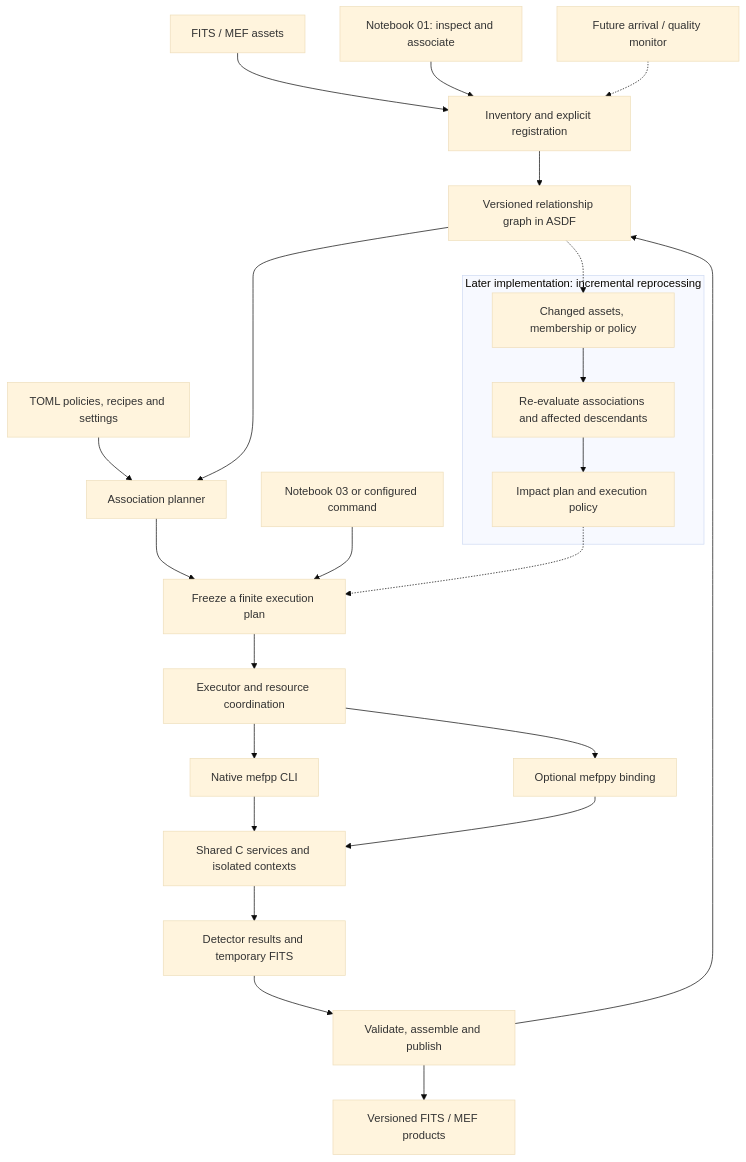
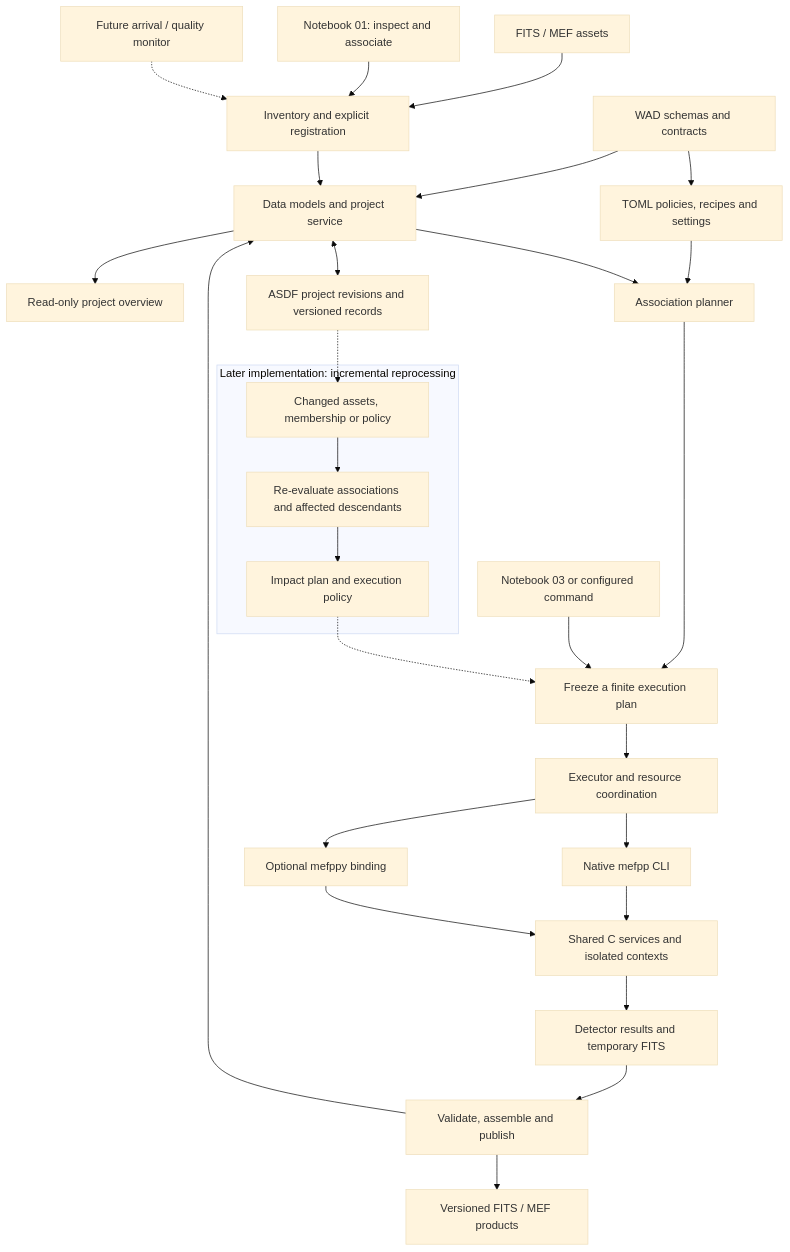
The diagram in docs/architecture/proposed/pycavi-mefpp.md (fselman/wenu-imaging), drawn with Mermaid (base theme) before and after one commit. The commit also changed other lines of this file and 8 other files, not shown here.

Commit message:
docs: define WAD and ASDF processing-project architecture

````diff
--- a/docs/architecture/proposed/pycavi-mefpp.md
+++ b/docs/architecture/proposed/pycavi-mefpp.md
@@ -24,28 +27,32 @@
 ```mermaid
 flowchart TD
+    WAD["WAD schemas and contracts"] --> MODEL["Data models and project service"]
+    WAD --> TOML
+    MODEL --> INSPECT["Read-only project overview"]
     RAW["FITS / MEF assets"] --> INGEST["Inventory and explicit registration"]
     NB01["Notebook 01: inspect and associate"] --> INGEST
     ARRIVAL["Future arrival / quality monitor"] -.-> INGEST
-    INGEST --> GRAPH["Versioned relationship graph in ASDF"]
+    INGEST --> MODEL
+    MODEL <--> GRAPH["ASDF project revisions and versioned records"]
     TOML["TOML policies, recipes and settings"] --> ASSOC["Association planner"]
-    GRAPH --> ASSOC
+    MODEL --> ASSOC
     ASSOC --> PLAN["Freeze a finite execution plan"]
     MANUAL["Notebook 03 or configured command"] --> PLAN
 
     subgraph FUTURE["Later implementation: incremental reprocessing"]
         EVENT["Changed assets, membership or policy"] --> IMPACT["Re-evaluate associations and affected descendants"]
         IMPACT --> REVIEW["Impact plan and execution policy"]
     end
     GRAPH -.-> EVENT
     REVIEW -.-> PLAN
 
     PLAN --> EXEC["Executor and resource coordination"]
     EXEC --> CLI["Native mefpp CLI"]
     EXEC --> BIND["Optional mefppy binding"]
     CLI --> CORE["Shared C services and isolated contexts"]
     BIND --> CORE
     CORE --> RESULT["Detector results and temporary FITS"]
     RESULT --> PUB["Validate, assemble and publish"]
     PUB --> FITS["Versioned FITS / MEF products"]
-    PUB --> GRAPH
+    PUB --> MODEL
 ```
````
